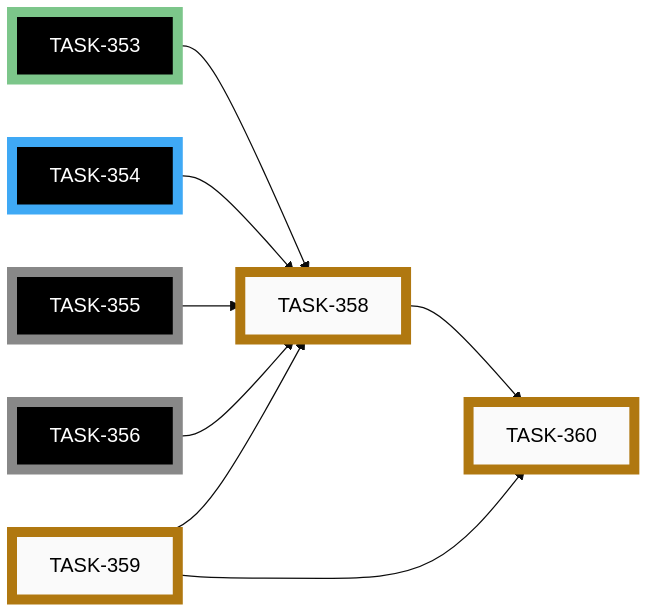
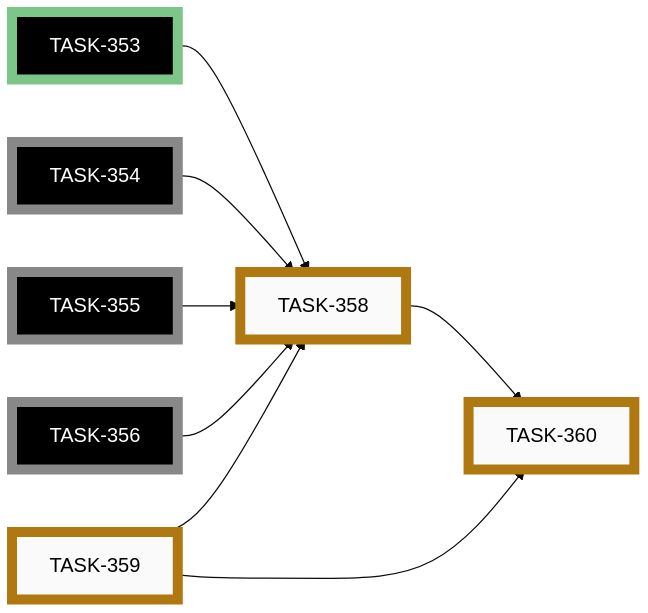
One commit to tgd1975/AwesomeStudioPedal changed the tenth of 12 diagrams in docs/developers/tasks/EPICS.md. Above: the diagram before and after it, drawn with Mermaid (base theme). The commit also changed other lines of this file and 21 other files, not shown here.

````diff
--- a/docs/developers/tasks/EPICS.md
+++ b/docs/developers/tasks/EPICS.md
@@ -419,32 +408,32 @@
 ```mermaid
 graph LR
     TASK_358["TASK-358"]:::paused
     TASK_359["TASK-359"]:::paused
     TASK_360["TASK-360"]:::paused
     TASK_353["TASK-353"]:::closedExt
-    TASK_354["TASK-354"]:::activeExt
+    TASK_354["TASK-354"]:::openExt
     TASK_355["TASK-355"]:::openExt
     TASK_356["TASK-356"]:::openExt
     TASK_353 --> TASK_358
     TASK_354 --> TASK_358
     TASK_355 --> TASK_358
     TASK_356 --> TASK_358
     TASK_359 --> TASK_358
     TASK_358 --> TASK_360
     TASK_359 --> TASK_360
     click TASK_358 "open/task-358-nrf52840-ble-readback-surfaces.md"
     click TASK_359 "open/task-359-remove-nrf5-task-routing-skill.md"
     click TASK_360 "open/task-360-nrf52840-esp32-parity-audit.md"
     click TASK_353 "closed/task-353-feasibility-firmware-ble-readback-surfaces.md"
-    click TASK_354 "active/task-354-firmware-version-read-characteristic.md"
+    click TASK_354 "open/task-354-firmware-version-read-characteristic.md"
     click TASK_355 "open/task-355-firmware-config-readback.md"
     click TASK_356 "open/task-356-firmware-active-profile-notify.md"
     classDef open    fill:#FAFAFA,stroke:#555,stroke-width:8px,color:#000
     classDef active  fill:#FAFAFA,stroke:#1A6FA8,stroke-width:8px,color:#000
     classDef closed  fill:#FAFAFA,stroke:#3F8B53,stroke-width:8px,color:#000
     classDef paused  fill:#FAFAFA,stroke:#B07810,stroke-width:8px,color:#000
     classDef openExt    fill:#000,stroke:#888,stroke-width:8px,color:#FFF
     classDef activeExt  fill:#000,stroke:#3FA9F5,stroke-width:8px,color:#FFF
     classDef closedExt  fill:#000,stroke:#7CC68A,stroke-width:8px,color:#FFF
     classDef pausedExt  fill:#000,stroke:#F0B030,stroke-width:8px,color:#FFF
 ```
````
